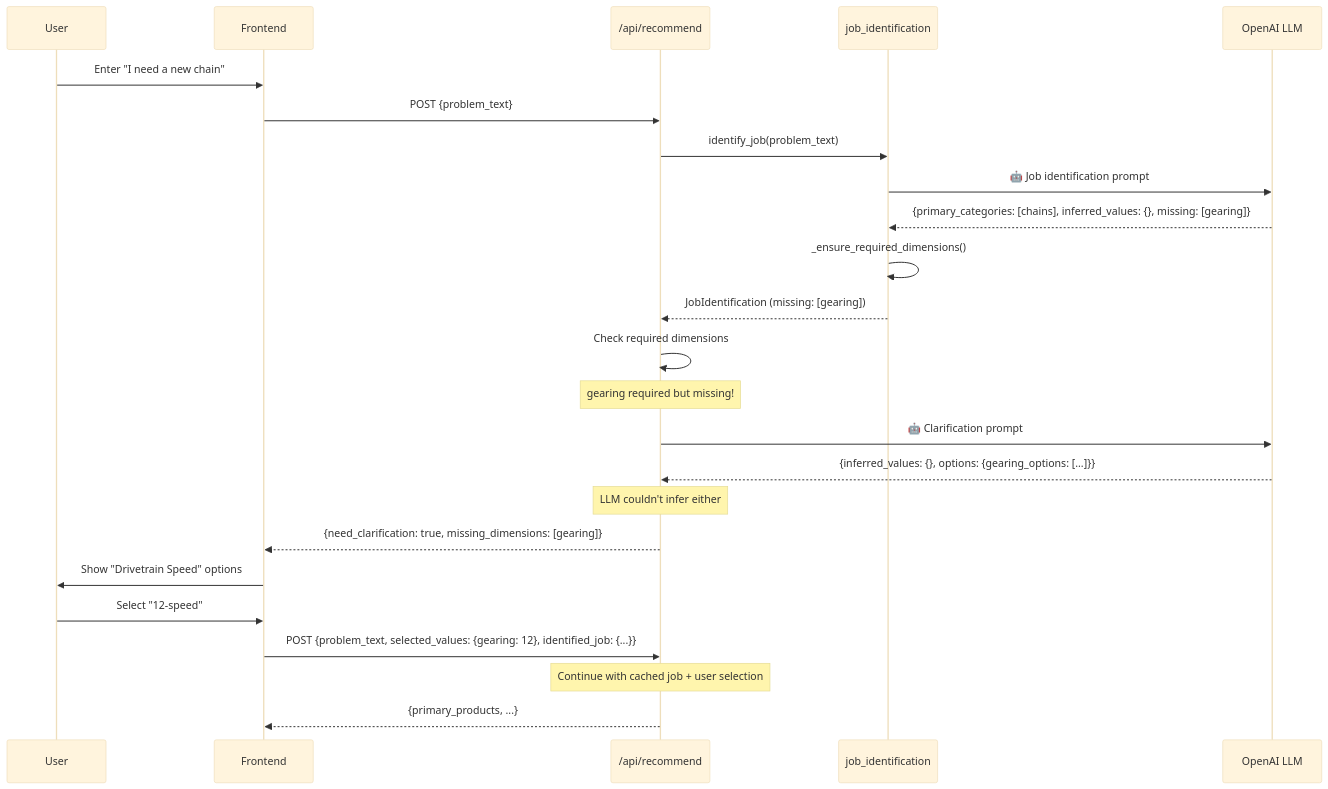
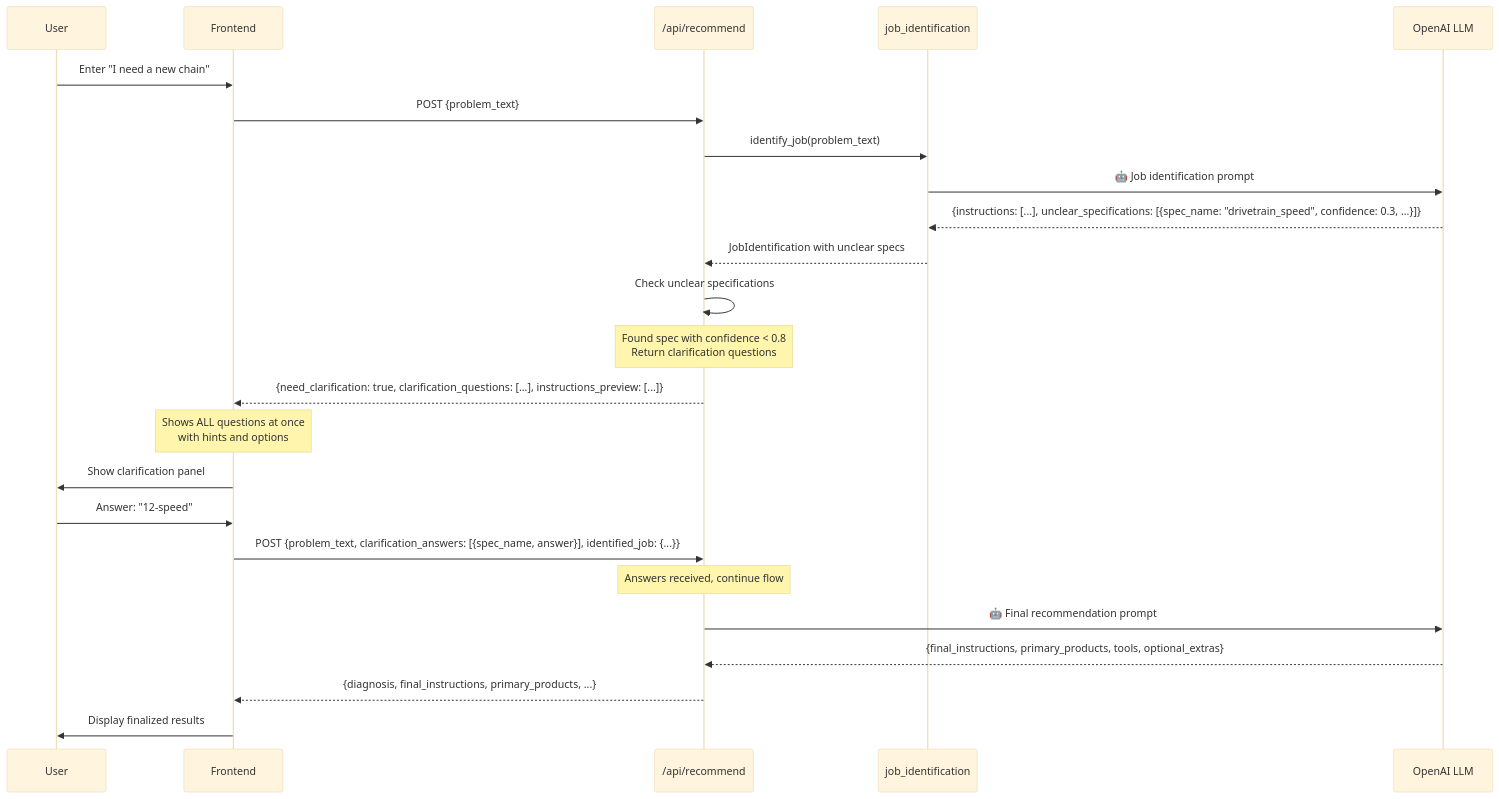
The third of 3 diagrams in web/FLOW.md (tim06927/Daiy), drawn with Mermaid (base theme) before and after one commit. The commit also changed other lines of this file and 16 other files, not shown here.

Commit message:
LLM promots and user flow optimized for the generalized (non-drivetrain-specific) setup. Unit tests added.

````diff
--- a/web/FLOW.md
+++ b/web/FLOW.md
@@ -91,33 +86,34 @@
 ```mermaid
 sequenceDiagram
     participant U as User
     participant FE as Frontend
     participant API as /api/recommend
     participant JI as job_identification
     participant LLM as OpenAI LLM
 
     U->>FE: Enter "I need a new chain"
     FE->>API: POST {problem_text}
     
     API->>JI: identify_job(problem_text)
     JI->>LLM: 🤖 Job identification prompt
-    LLM-->>JI: {primary_categories: [chains], inferred_values: {}, missing: [gearing]}
-    JI->>JI: _ensure_required_dimensions()
-    JI-->>API: JobIdentification (missing: [gearing])
+    LLM-->>JI: {instructions: [...], unclear_specifications: [{spec_name: "drivetrain_speed", confidence: 0.3, ...}]}
+    JI-->>API: JobIdentification with unclear specs
     
-    API->>API: Check required dimensions
-    Note over API: gearing required but missing!
+    API->>API: Check unclear specifications
+    Note over API: Found spec with confidence < 0.8<br/>Return clarification questions
     
-    API->>LLM: 🤖 Clarification prompt
-    LLM-->>API: {inferred_values: {}, options: {gearing_options: [...]}}
-    Note over API: LLM couldn't infer either
+    API-->>FE: {need_clarification: true, clarification_questions: [...], instructions_preview: [...]}
     
-    API-->>FE: {need_clarification: true, missing_dimensions: [gearing]}
-    FE->>U: Show "Drivetrain Speed" options
+    Note over FE: Shows ALL questions at once<br/>with hints and options
+    FE->>U: Show clarification panel
     
-    U->>FE: Select "12-speed"
-    FE->>API: POST {problem_text, selected_values: {gearing: 12}, identified_job: {...}}
+    U->>FE: Answer: "12-speed"
+    FE->>API: POST {problem_text, clarification_answers: [{spec_name, answer}], identified_job: {...}}
     
-    Note over API: Continue with cached job + user selection
-    API-->>FE: {primary_products, ...}
+    Note over API: Answers received, continue flow
+    API->>LLM: 🤖 Final recommendation prompt
+    LLM-->>API: {final_instructions, primary_products, tools, optional_extras}
+    
+    API-->>FE: {diagnosis, final_instructions, primary_products, ...}
+    FE->>U: Display finalized results
 ```
````
